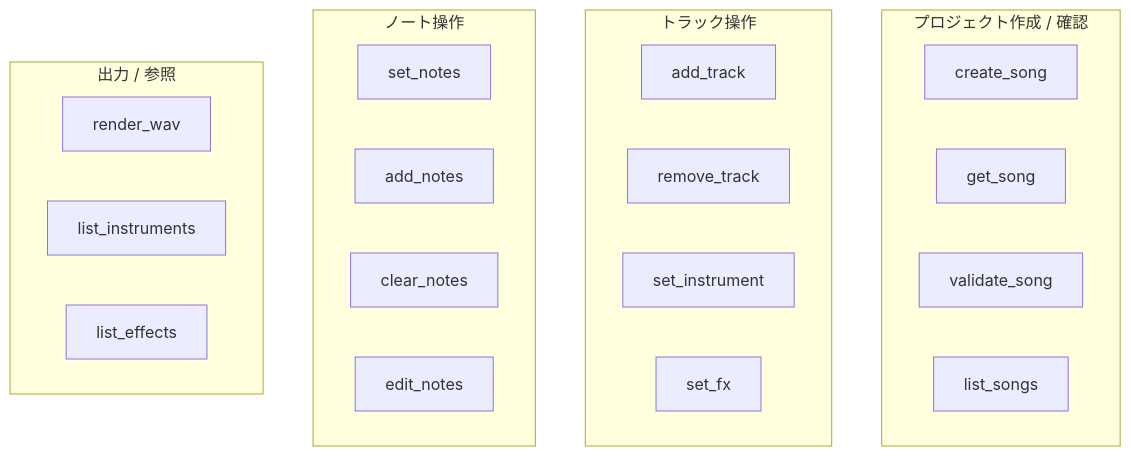
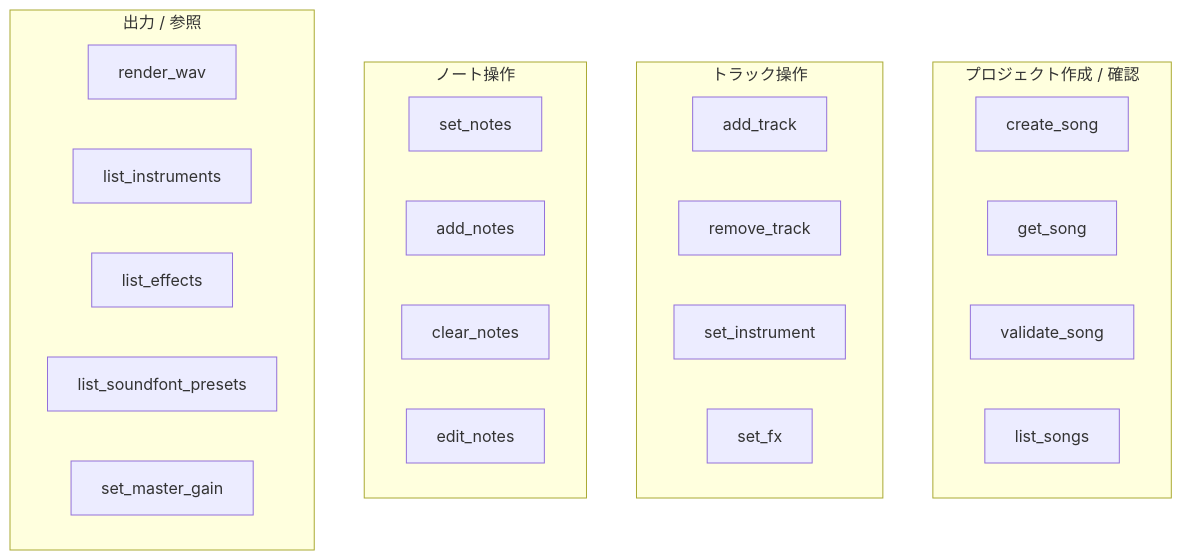
One commit to krtw00/codetta changed the second of 2 diagrams in docs/design/04-mcp.md. Above: the diagram before and after it, drawn with Mermaid. The commit also changed other lines of this file and 1 other file, not shown here.

````diff
--- a/docs/design/04-mcp.md
+++ b/docs/design/04-mcp.md
@@ -62,26 +62,28 @@
 ```mermaid
 flowchart TB
     subgraph 作成["プロジェクト作成 / 確認"]
         T1[create_song]
         T2[get_song]
         T3[validate_song]
         T4[list_songs]
     end
     subgraph トラック["トラック操作"]
         T5[add_track]
         T6[remove_track]
         T7[set_instrument]
         T8[set_fx]
     end
     subgraph ノート["ノート操作"]
         T9[set_notes]
         T10[add_notes]
         T11[clear_notes]
         T12[edit_notes]
     end
     subgraph 出力["出力 / 参照"]
         T13[render_wav]
         T14[list_instruments]
         T15[list_effects]
+        T16[list_soundfont_presets]
+        T17[set_master_gain]
     end
 ```
````
